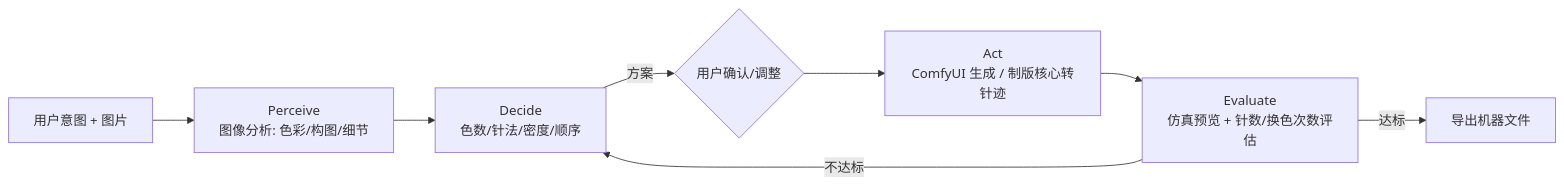
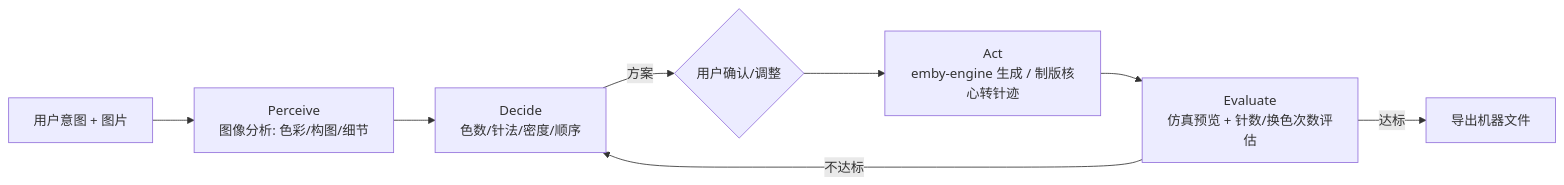
One commit to licher255/open_emby changed the diagram in docs/AGENT_DESIGN.md. Above: the diagram before and after it, drawn with Mermaid. The commit also changed other lines of this file and 79 other files, not shown here.

````diff
--- a/docs/AGENT_DESIGN.md
+++ b/docs/AGENT_DESIGN.md
@@ -7,10 +7,10 @@
 ```mermaid
 flowchart LR
     U[用户意图 + 图片] --> P[Perceive<br/>图像分析: 色彩/构图/细节]
     P --> D[Decide<br/>色数/针法/密度/顺序]
     D -->|方案| H{用户确认/调整}
-    H --> A[Act<br/>ComfyUI 生成 / 制版核心转针迹]
+ H --> A[Act<br/>emby-engine 生成 / 制版核心转针迹]
     A --> E[Evaluate<br/>仿真预览 + 针数/换色次数评估]
     E -->|不达标| D
     E -->|达标| X[导出机器文件]
 ```
````
